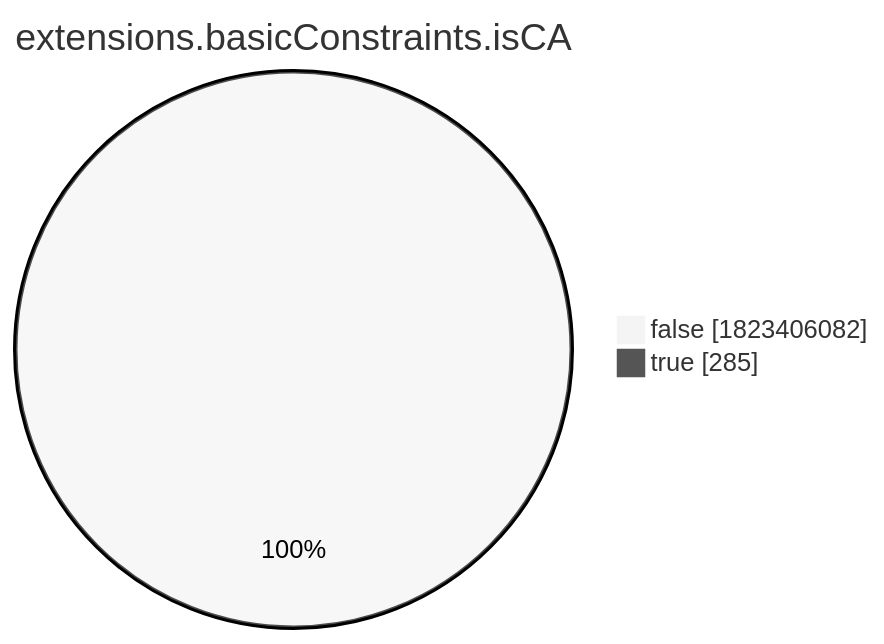
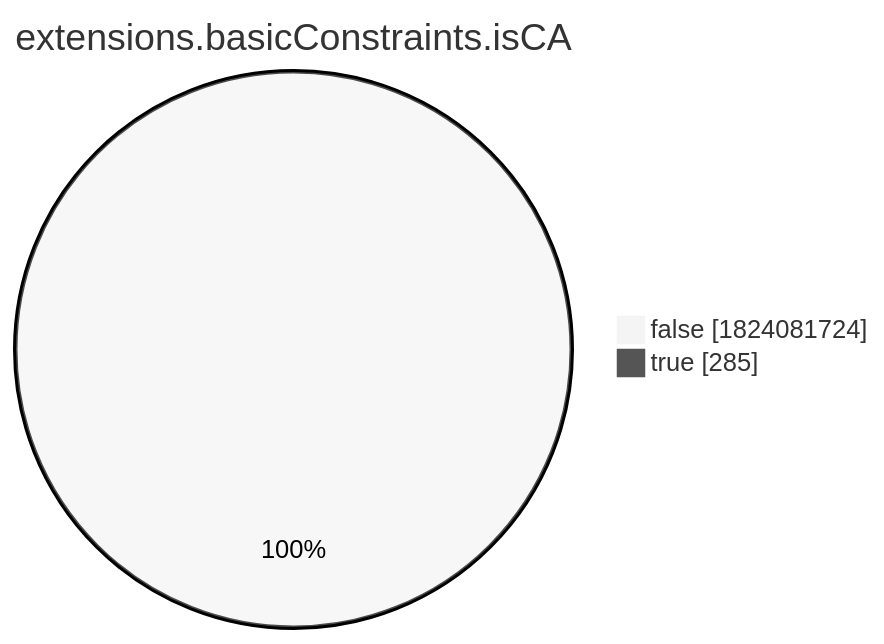
The eighth of 15 diagrams in xenon2022/README.md (christiankrug/ctmonitor_visualization), drawn with Mermaid (neutral theme) before and after one commit. The commit also changed other lines of this file, not shown here.

````diff
--- a/xenon2022/README.md
+++ b/xenon2022/README.md
@@ -2868,6 +2868,6 @@
 ```mermaid
 pie showData
 title extensions.basicConstraints.isCA
-"false" :1823406082
+"false" :1824081724
 "true" :285
 ```
````
